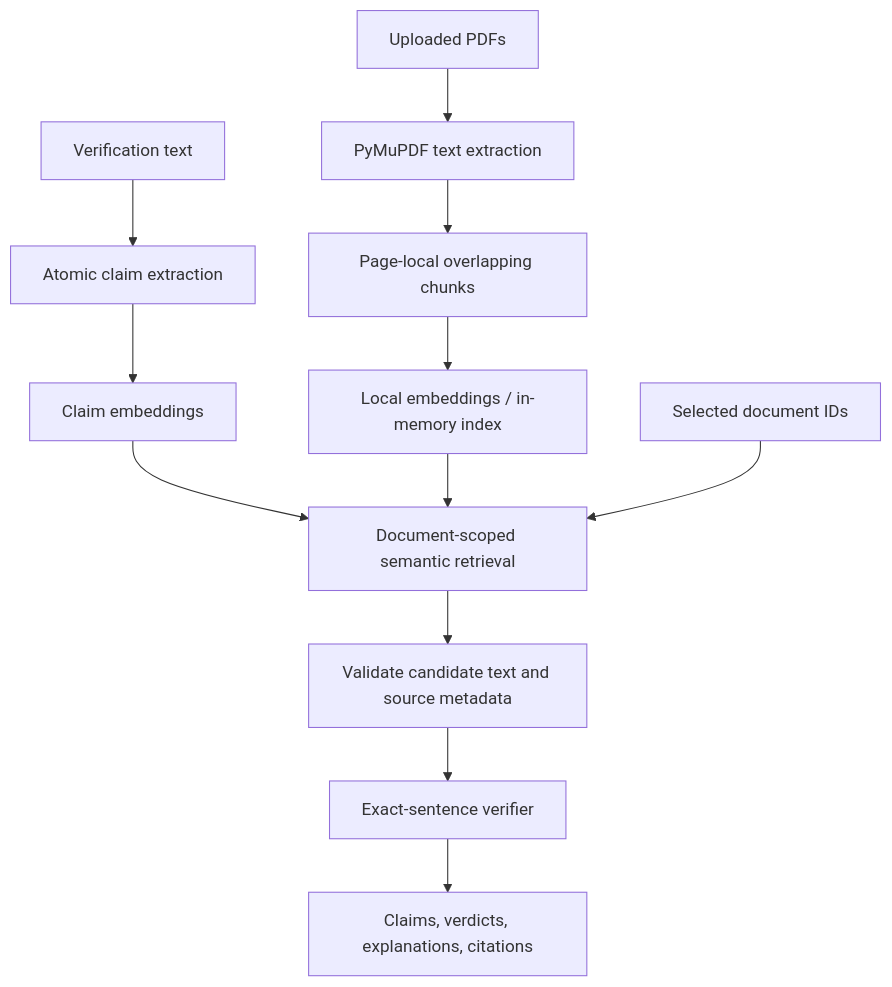
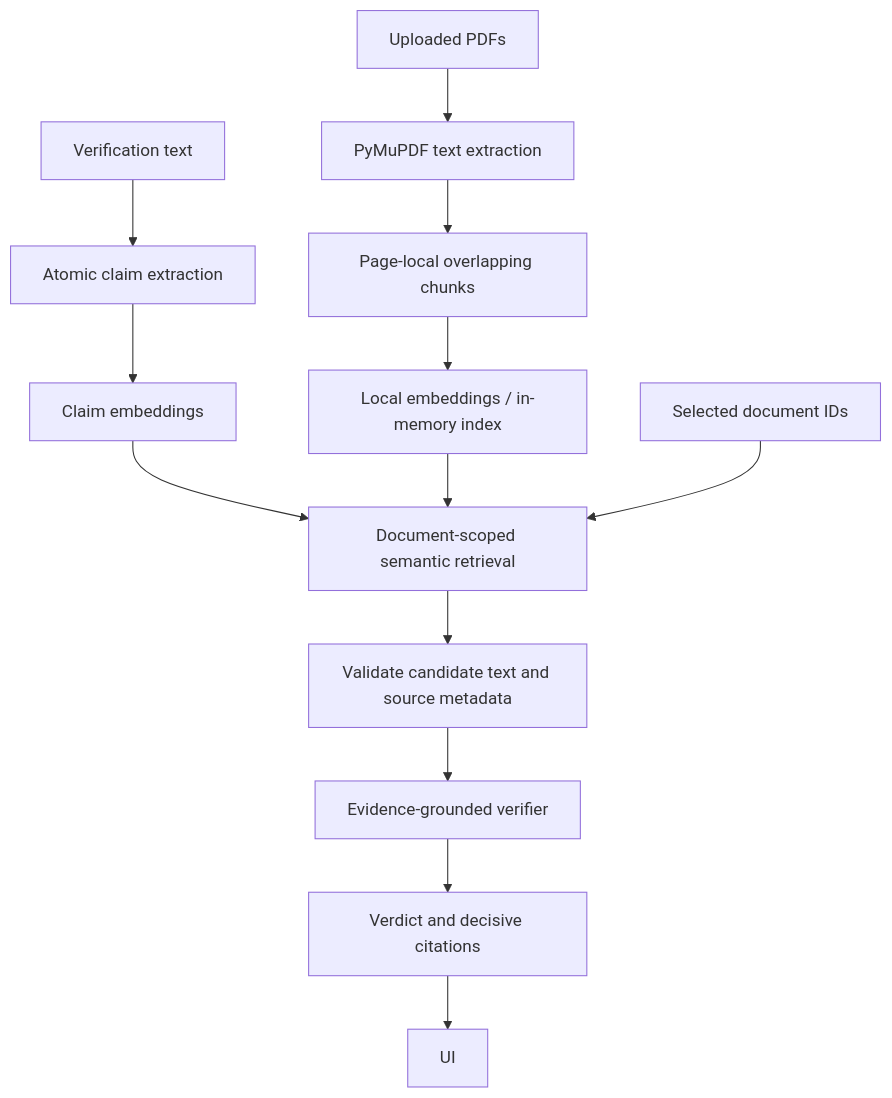
Before and after one commit to Hamza-Syed/EvidenceLens: the diagram in README.md, drawn with Mermaid. The commit also changed other lines of this file and 19 other files, not shown here.

Commit message:
Add evidence-grounded semantic verification

````diff
--- a/README.md
+++ b/README.md
@@ -9,14 +9,15 @@
 ```mermaid
 flowchart TD
     A[Uploaded PDFs] --> B[PyMuPDF text extraction]
     B --> C[Page-local overlapping chunks]
     C --> D[Local embeddings / in-memory index]
     E[Verification text] --> F[Atomic claim extraction]
     F --> G[Claim embeddings]
     G --> H[Document-scoped semantic retrieval]
     D --> H
     S[Selected document IDs] --> H
     H --> I[Validate candidate text and source metadata]
-    I --> J[Exact-sentence verifier]
-    J --> K[Claims, verdicts, explanations, citations]
+    I --> J[Evidence-grounded verifier]
+    J --> K[Verdict and decisive citations]
+    K --> L[UI]
 ```
````
